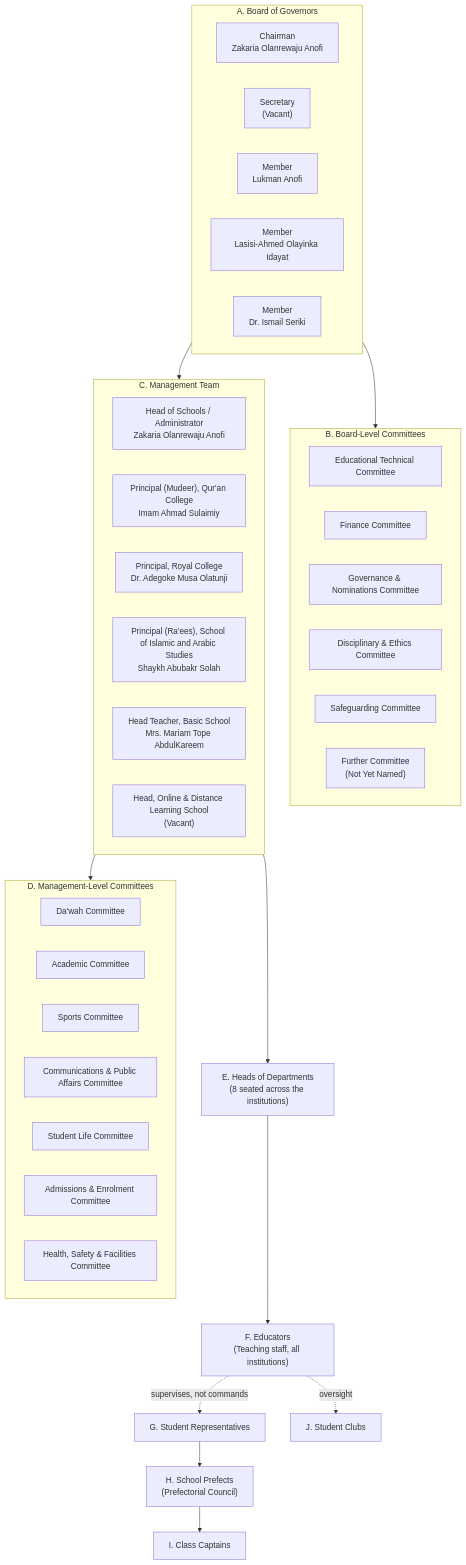
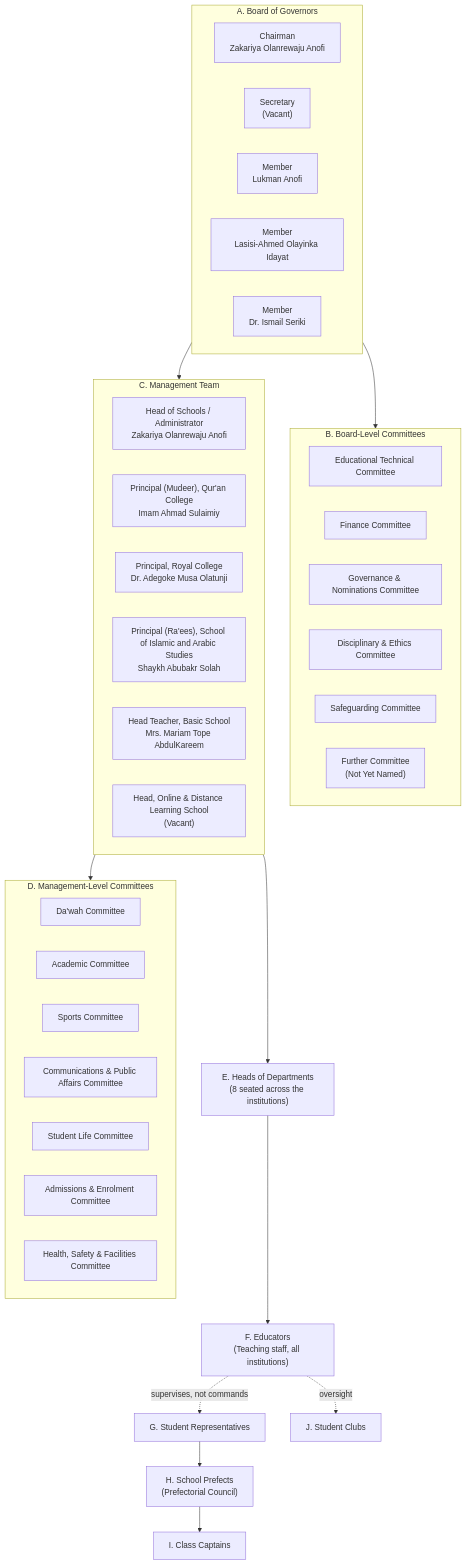
One commit to ahmadsulaimiy1/Sultan- changed the first of 4 diagrams in docs/organisational-structure-manual.md. Above: the diagram before and after it, drawn with Mermaid. The commit also changed other lines of this file and 50 other files, not shown here.

````diff
--- a/docs/organisational-structure-manual.md
+++ b/docs/organisational-structure-manual.md
@@ -64,55 +64,55 @@
 ```mermaid
 flowchart TD
   subgraph A["A. Board of Governors"]
-    A_Chair["Chairman<br/>Zakaria Olanrewaju Anofi"]
+    A_Chair["Chairman<br/>Zakariya Olanrewaju Anofi"]
     A_Sec["Secretary<br/>(Vacant)"]
     A_M1["Member<br/>Lukman Anofi"]
     A_M2["Member<br/>Lasisi-Ahmed Olayinka Idayat"]
     A_M3["Member<br/>Dr. Ismail Seriki"]
   end
 
   subgraph B["B. Board-Level Committees"]
     B_ETC["Educational Technical Committee"]
     B_FC["Finance Committee"]
     B_GN["Governance & Nominations Committee"]
     B_DE["Disciplinary & Ethics Committee"]
     B_SG["Safeguarding Committee"]
     B_TBD["Further Committee<br/>(Not Yet Named)"]
   end
 
   subgraph C["C. Management Team"]
-    C_HoS["Head of Schools / Administrator<br/>Zakaria Olanrewaju Anofi"]
+    C_HoS["Head of Schools / Administrator<br/>Zakariya Olanrewaju Anofi"]
     C_P1["Principal (Mudeer), Qur'an College<br/>Imam Ahmad Sulaimiy"]
     C_P2["Principal, Royal College<br/>Dr. Adegoke Musa Olatunji"]
     C_P3["Principal (Ra'ees), School of Islamic and Arabic Studies<br/>Shaykh Abubakr Solah"]
     C_HT["Head Teacher, Basic School<br/>Mrs. Mariam Tope AbdulKareem"]
     C_P5["Head, Online &amp; Distance Learning School<br/>(Vacant)"]
   end
 
   subgraph D["D. Management-Level Committees"]
     D_DW["Da'wah Committee"]
     D_AC["Academic Committee"]
     D_SP["Sports Committee"]
     D_CPA["Communications & Public Affairs Committee"]
     D_SL["Student Life Committee"]
     D_AE["Admissions & Enrolment Committee"]
     D_HSF["Health, Safety & Facilities Committee"]
   end
 
   E["E. Heads of Departments<br/>(8 seated across the institutions)"]
   F["F. Educators<br/>(Teaching staff, all institutions)"]
   G["G. Student Representatives"]
   H["H. School Prefects<br/>(Prefectorial Council)"]
   I["I. Class Captains"]
   J["J. Student Clubs"]
 
   A --> B
   A --> C
   C --> D
   C --> E
   E --> F
   F -.supervises, not commands.-> G
   G --> H
   H --> I
   F -.oversight.-> J
 ```
````
